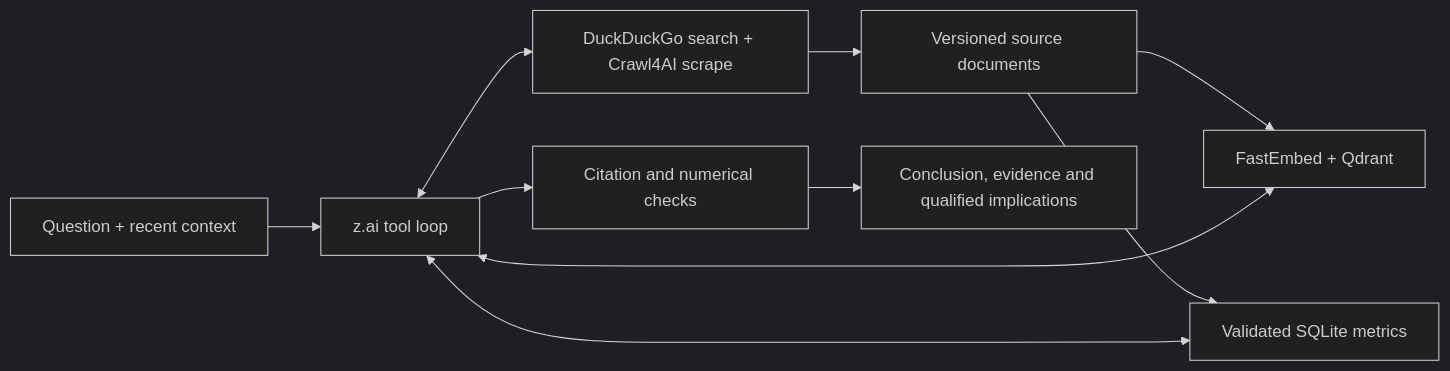
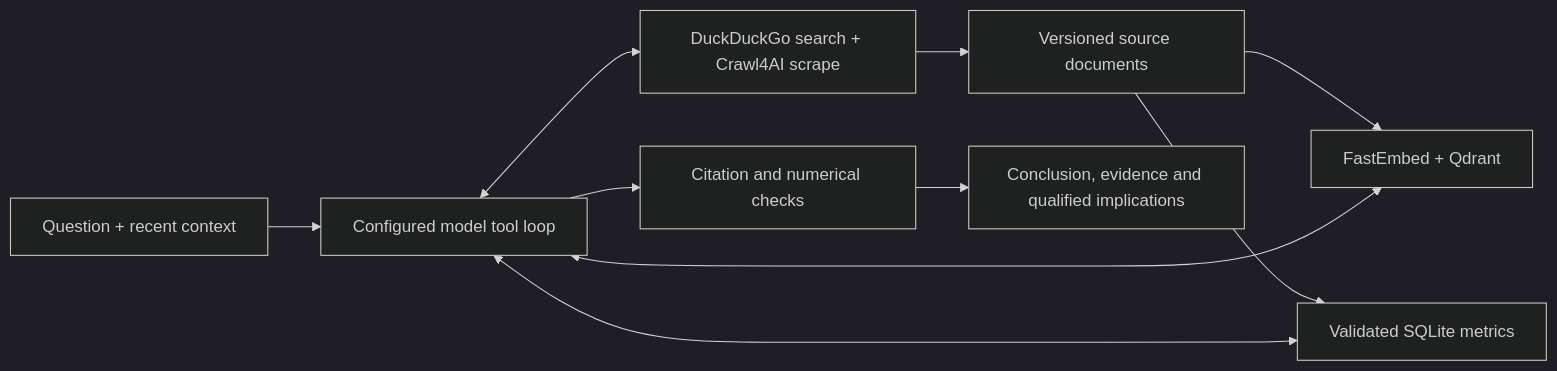
Before and after one commit to socialsmoker223/cre-london-agent: the diagram in README.md, drawn with Mermaid (dark theme). The commit also changed other lines of this file and 8 other files, not shown here.

````diff
--- a/README.md
+++ b/README.md
@@ -34,12 +56,12 @@
 ```mermaid
 flowchart LR
-  Q[Question + recent context] --> A[z.ai tool loop]
+  Q[Question + recent context] --> A[Configured model tool loop]
   A <--> W[DuckDuckGo search + Crawl4AI scrape]
   W --> D[Versioned source documents]
   D --> V[FastEmbed + Qdrant]
   D --> M[Validated SQLite metrics]
   A <--> V
   A <--> M
   A --> C[Citation and numerical checks]
   C --> R[Conclusion, evidence and qualified implications]
 ```
````
